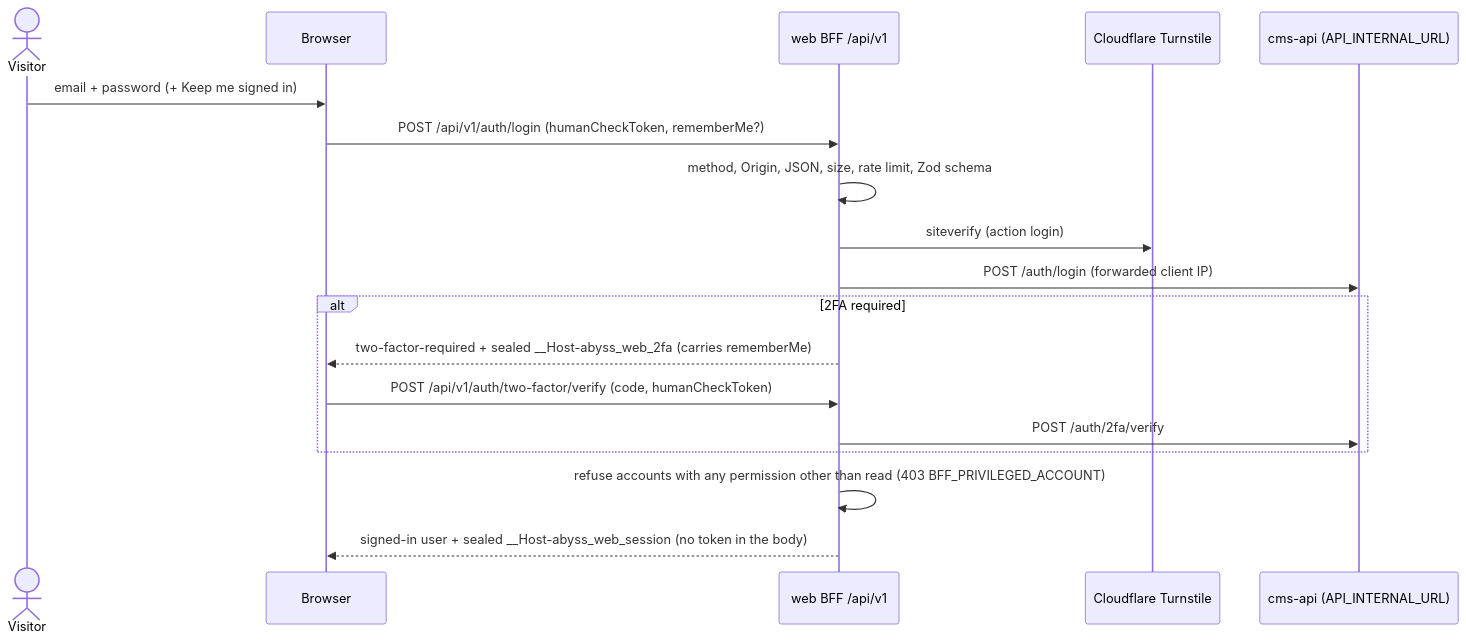
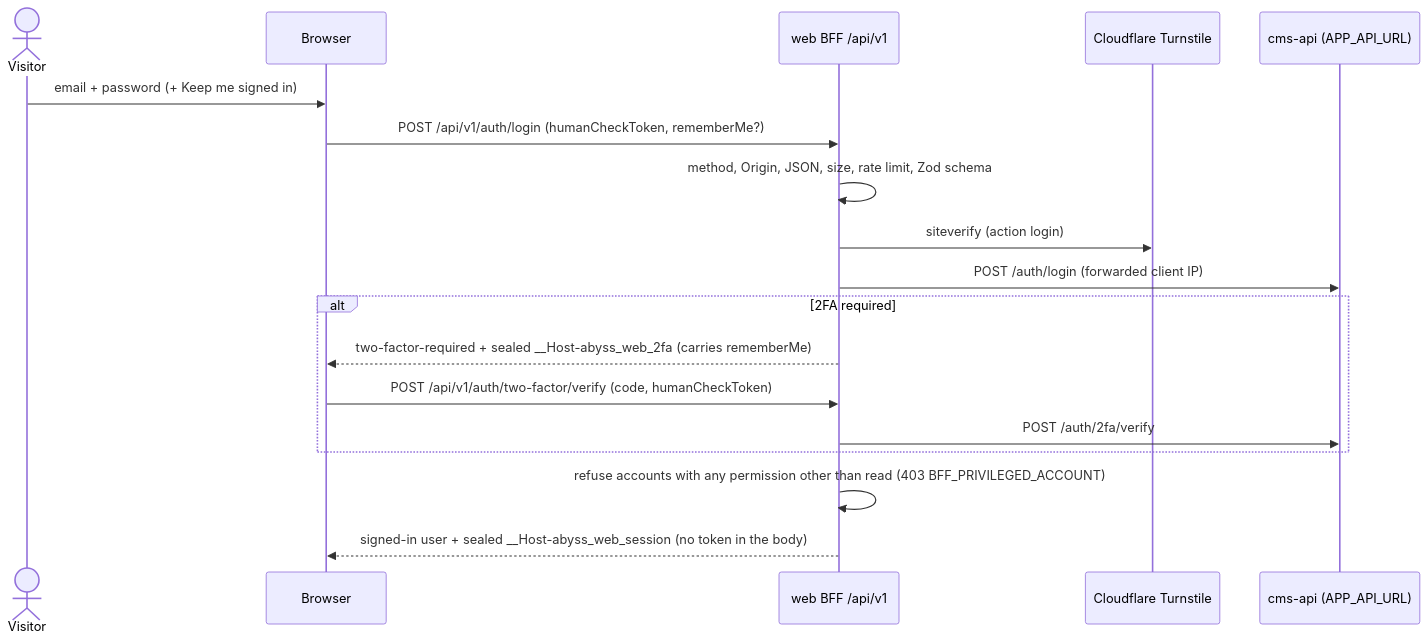
The fourth of 4 diagrams in docs/flows/sign-in/FLOW.md (hungnh1812dev/project-me), drawn with Mermaid before and after one commit. The commit also changed 8 other files, not shown here.

````diff
--- a/docs/flows/sign-in/FLOW.md
+++ b/docs/flows/sign-in/FLOW.md
@@ -120,20 +120,20 @@
 ```mermaid
 sequenceDiagram
   actor U as Visitor
   participant B as Browser
   participant F as web BFF /api/v1
   participant T as Cloudflare Turnstile
-  participant API as cms-api (API_INTERNAL_URL)
+  participant API as cms-api (APP_API_URL)
   U->>B: email + password (+ Keep me signed in)
   B->>F: POST /api/v1/auth/login (humanCheckToken, rememberMe?)
   F->>F: method, Origin, JSON, size, rate limit, Zod schema
   F->>T: siteverify (action login)
   F->>API: POST /auth/login (forwarded client IP)
   alt 2FA required
     F-->>B: two-factor-required + sealed __Host-abyss_web_2fa (carries rememberMe)
     B->>F: POST /api/v1/auth/two-factor/verify (code, humanCheckToken)
     F->>API: POST /auth/2fa/verify
   end
   F->>F: refuse accounts with any permission other than read (403 BFF_PRIVILEGED_ACCOUNT)
   F-->>B: signed-in user + sealed __Host-abyss_web_session (no token in the body)
 ```
````
